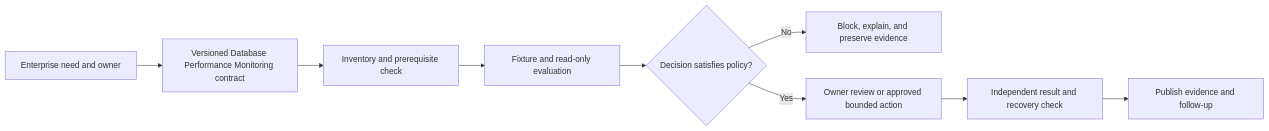
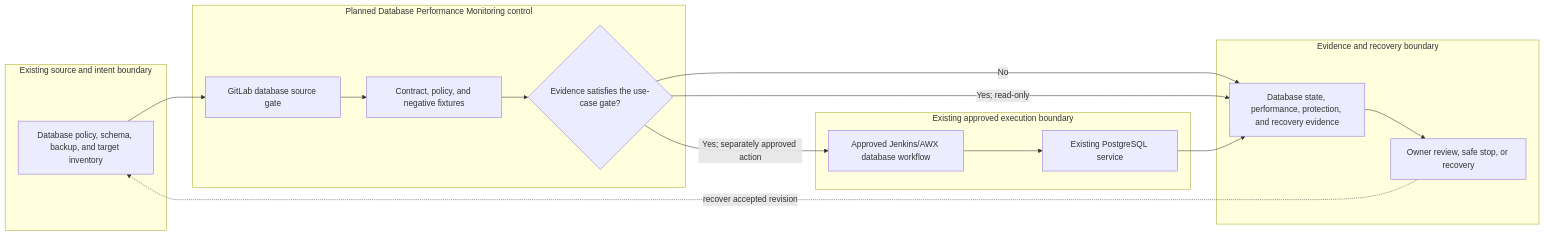
The diagram in docs/use-cases/database/UC-DB-008-database-performance-monitoring.md (MIDHTECH/enterprise-architecture-docs), drawn with Mermaid before and after one commit. The commit also changed other lines of this file and 227 other files, not shown here.

Commit message:
Deepen architecture for all use case designs

````diff
--- a/docs/use-cases/database/UC-DB-008-database-performance-monitoring.md
+++ b/docs/use-cases/database/UC-DB-008-database-performance-monitoring.md
@@ -136,11 +129,25 @@
 ```mermaid
 flowchart LR
-    Need["Enterprise need and owner"] --> Contract["Versioned Database Performance Monitoring contract"]
-    Contract --> Preflight["Inventory and prerequisite check"]
-    Preflight --> Evaluate["Fixture and read-only evaluation"]
-    Evaluate --> Decision{"Decision satisfies policy?"}
-    Decision -->|No| Stop["Block, explain, and preserve evidence"]
-    Decision -->|Yes| Review["Owner review or approved bounded action"]
-    Review --> Verify["Independent result and recovery check"]
-    Verify --> Publish["Publish evidence and follow-up"]
+    subgraph Source["Existing source and intent boundary"]
+        A["Database policy, schema, backup, and target inventory"]
+    end
+    subgraph Planned["Planned Database Performance Monitoring control"]
+        B["GitLab database source gate"]
+        C["Contract, policy, and negative fixtures"]
+        D{"Evidence satisfies the use-case gate?"}
+    end
+    subgraph Runtime["Existing approved execution boundary"]
+        E["Approved Jenkins/AWX database workflow"]
+        F["Existing PostgreSQL service"]
+    end
+    subgraph Assurance["Evidence and recovery boundary"]
+        G["Database state, performance, protection, and recovery evidence"]
+        H["Owner review, safe stop, or recovery"]
+    end
+
+    A --> B --> C --> D
+    D -->|No| G --> H
+    D -->|Yes; read-only| G
+    D -->|Yes; separately approved action| E --> F --> G
+    H -. recover accepted revision .-> A
 ```
````
